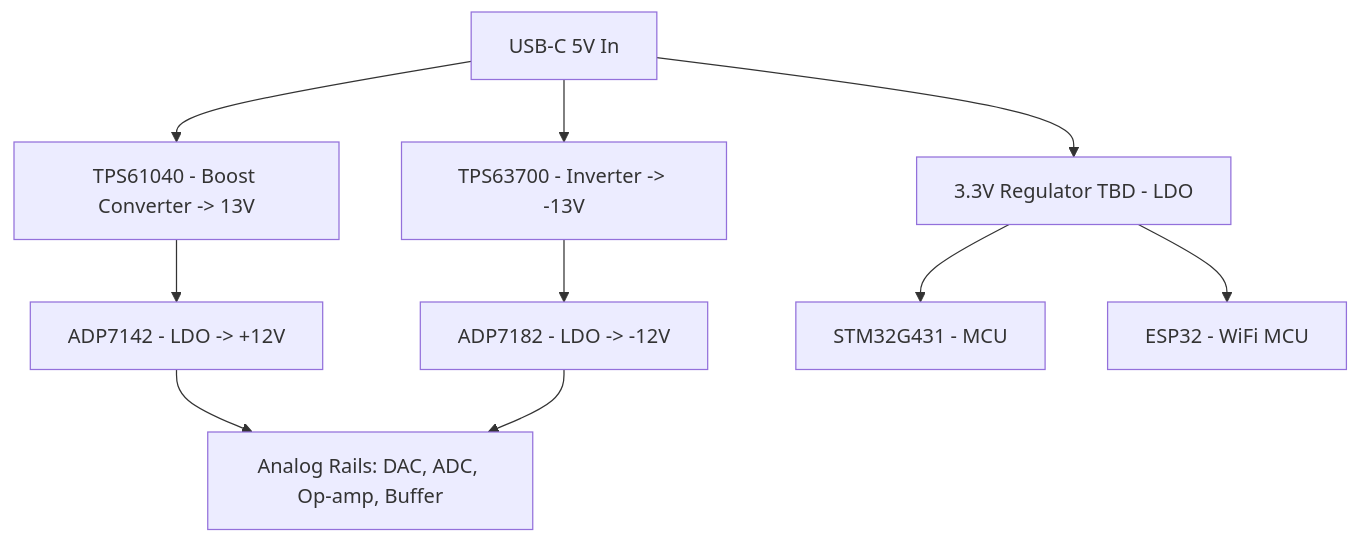
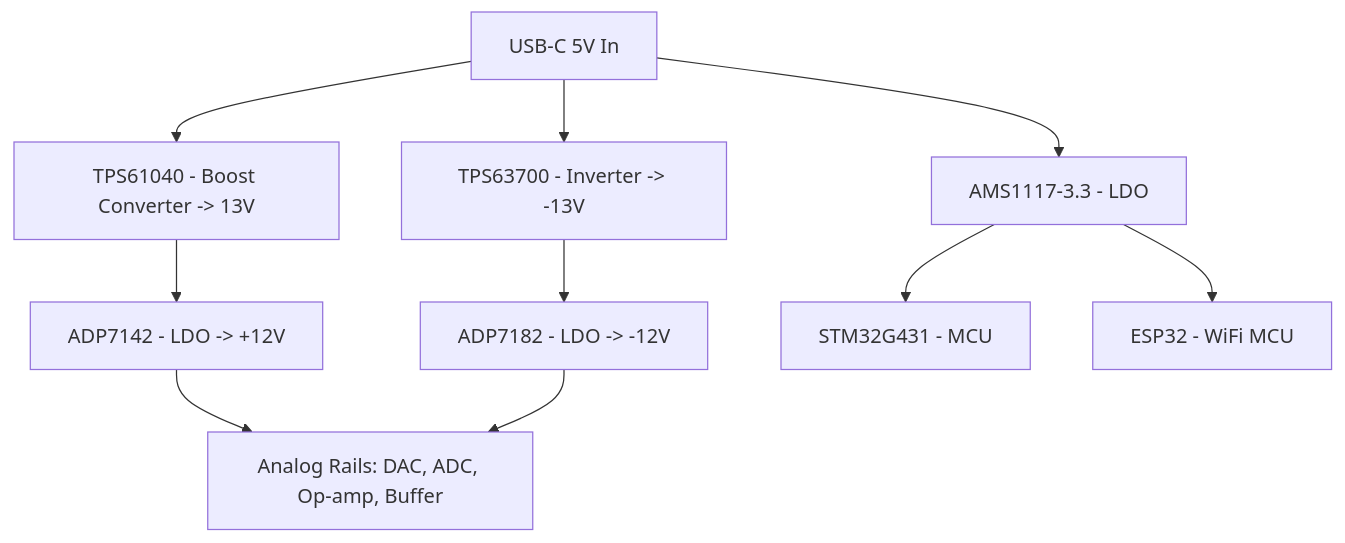
One commit to erenuznn/smart-function-generator changed the diagram in docs/architecture/power-rail.md. Above: the diagram before and after it, drawn with Mermaid.

Commit message:
add digital LDO

````diff
--- a/docs/architecture/power-rail.md
+++ b/docs/architecture/power-rail.md
@@ -8,17 +8,17 @@
 ```mermaid
 flowchart TD
     USB[USB-C 5V In]
 
     USB --> BOOST[TPS61040 - Boost Converter -> 13V]
     USB --> INV[TPS63700 - Inverter -> -13V]
-    USB --> DIGREG[3.3V Regulator TBD - LDO]
+    USB --> DIGREG[AMS1117-3.3 - LDO]
 
     BOOST --> LDOP[ADP7142 - LDO -> +12V]
     INV --> LDON[ADP7182 - LDO -> -12V]
 
     LDOP --> ANALOG[Analog Rails: DAC, ADC, Op-amp, Buffer]
     LDON --> ANALOG
 
     DIGREG --> MCU[STM32G431 - MCU]
     DIGREG --> ESP[ESP32 - WiFi MCU]
 ```
````
